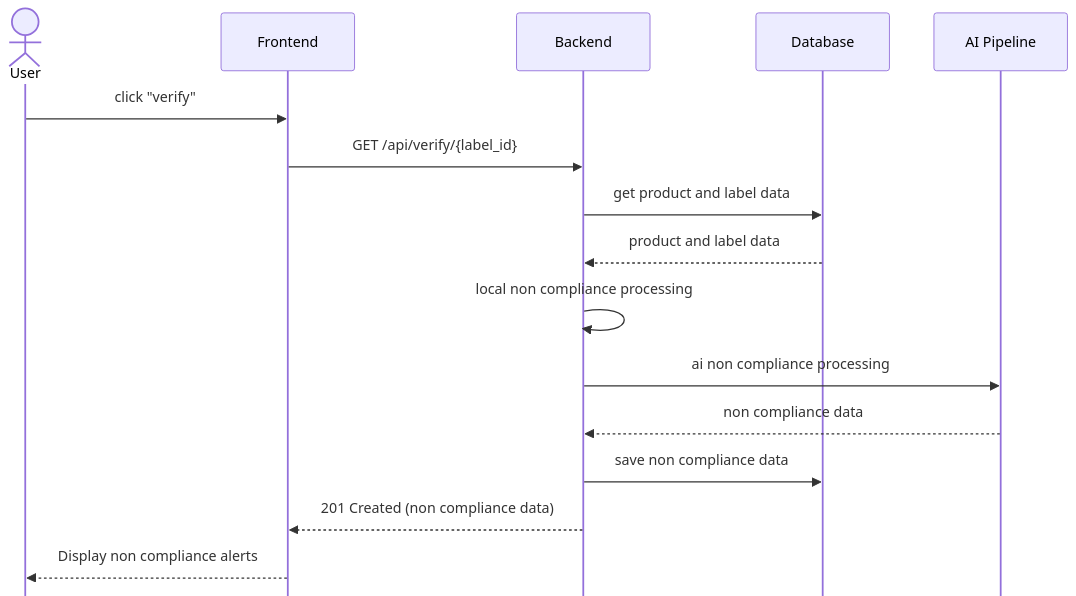
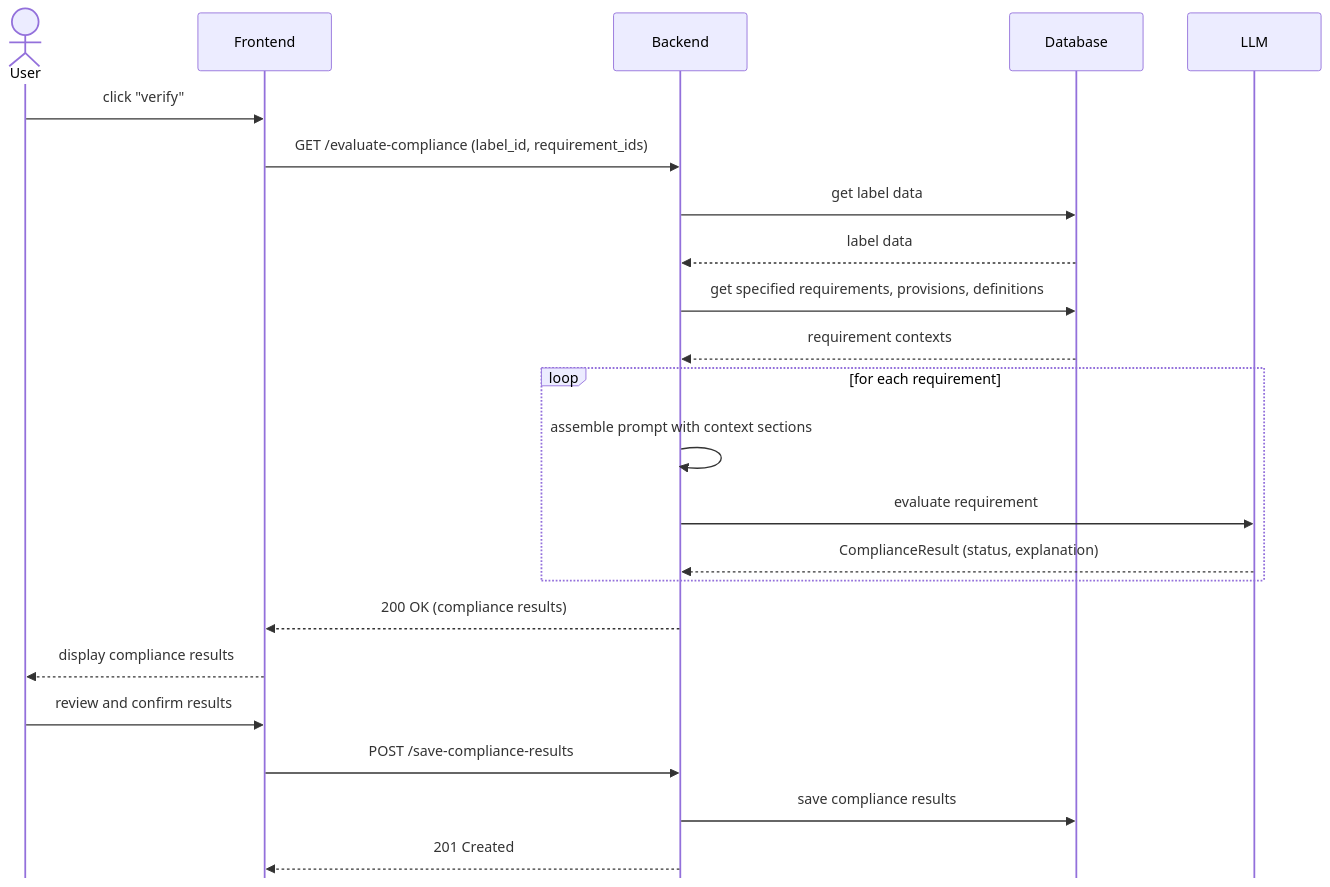
Before and after one commit to ai-cfia/fertiscan: the first of 2 diagrams in docs/compliance/design.md, drawn with Mermaid. The commit also changed other lines of this file and 3 other files, not shown here.

Commit message:
docs(compliance): redesign compliance architecture and evaluation flow

````diff
--- a/docs/compliance/design.md
+++ b/docs/compliance/design.md
@@ -5,25 +5,33 @@
 ```mermaid
 %%{init: { "sequence": { "mirrorActors": false } }}%%
 sequenceDiagram
     actor usr as User
     participant fe as Frontend
     participant be as Backend
     participant db as Database
-    participant ai as AI Pipeline
+    participant llm as LLM
 
     usr ->> fe : click "verify"
-    fe ->> be : GET /api/verify/{label_id}
+    fe ->> be : GET /evaluate-compliance (label_id, requirement_ids)
 
-    be ->> db : get product and label data
-    db -->> be : product and label data
+    be ->> db : get label data
+    db -->> be : label data
 
-    be ->> be : local non compliance processing
-    be ->> ai : ai non compliance processing
-    ai -->> be : non compliance data
+    be ->> db : get specified requirements, provisions, definitions
+    db -->> be : requirement contexts
 
-    be ->> db : save non compliance data
+    loop for each requirement
+        be ->> be : assemble prompt with context sections
+        be ->> llm : evaluate requirement
+        llm -->> be : ComplianceResult (status, explanation)
+    end
 
-    be -->> fe: 201 Created (non compliance data)
+    be -->> fe : 200 OK (compliance results)
 
-    fe -->> usr: Display non compliance alerts
+    fe -->> usr : display compliance results
+
+    usr ->> fe : review and confirm results
+    fe ->> be : POST /save-compliance-results
+    be ->> db : save compliance results
+    be -->> fe : 201 Created
 ```
````
